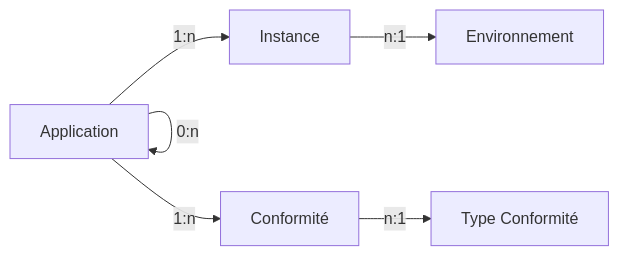
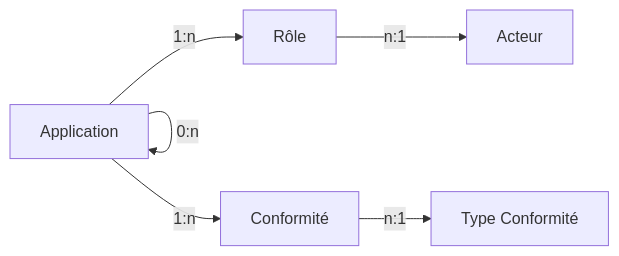
The first of 5 diagrams in docs/Application.md (dnum-mi/referentiel-applications-specs), drawn with Mermaid before and after one commit.

````diff
--- a/docs/Application.md
+++ b/docs/Application.md
@@ -21,7 +21,7 @@
 ```mermaid
 graph LR
-App[Application] -- 1:n --> Inst[Instance]
+App[Application] -- 1:n --> Role[Rôle]
 App -- 0:n --> App
-Inst -- n:1 --> Env[Environnement]
+Role -- n:1 --> Acteur[Acteur]
 App -- 1:n --> Conf[Conformité] -- n:1 --> TypeConf[Type Conformité]
 ```
````
